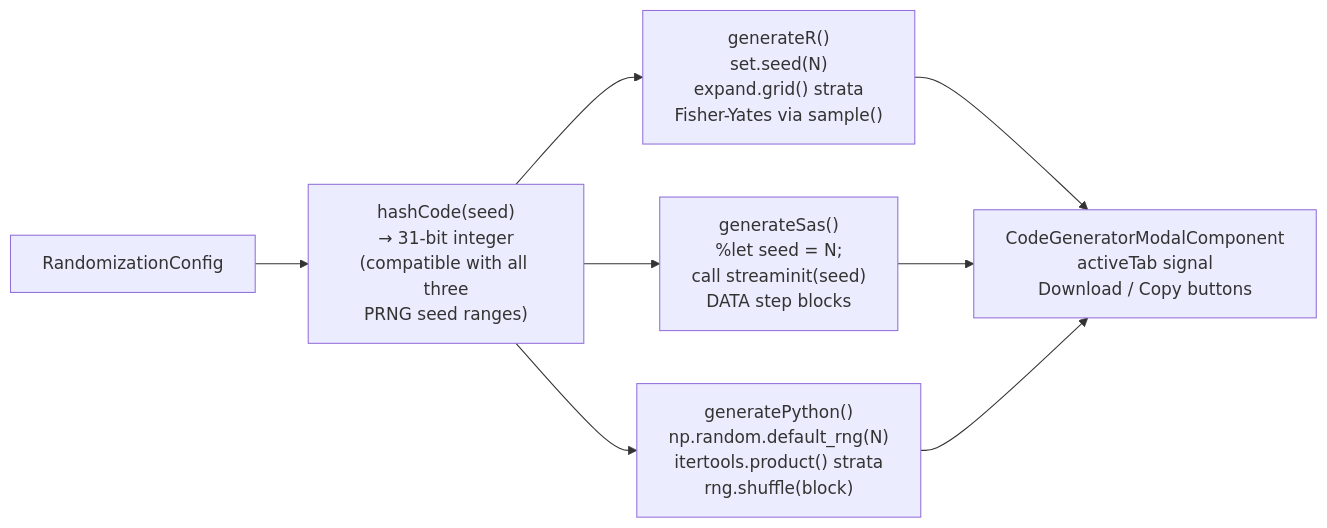
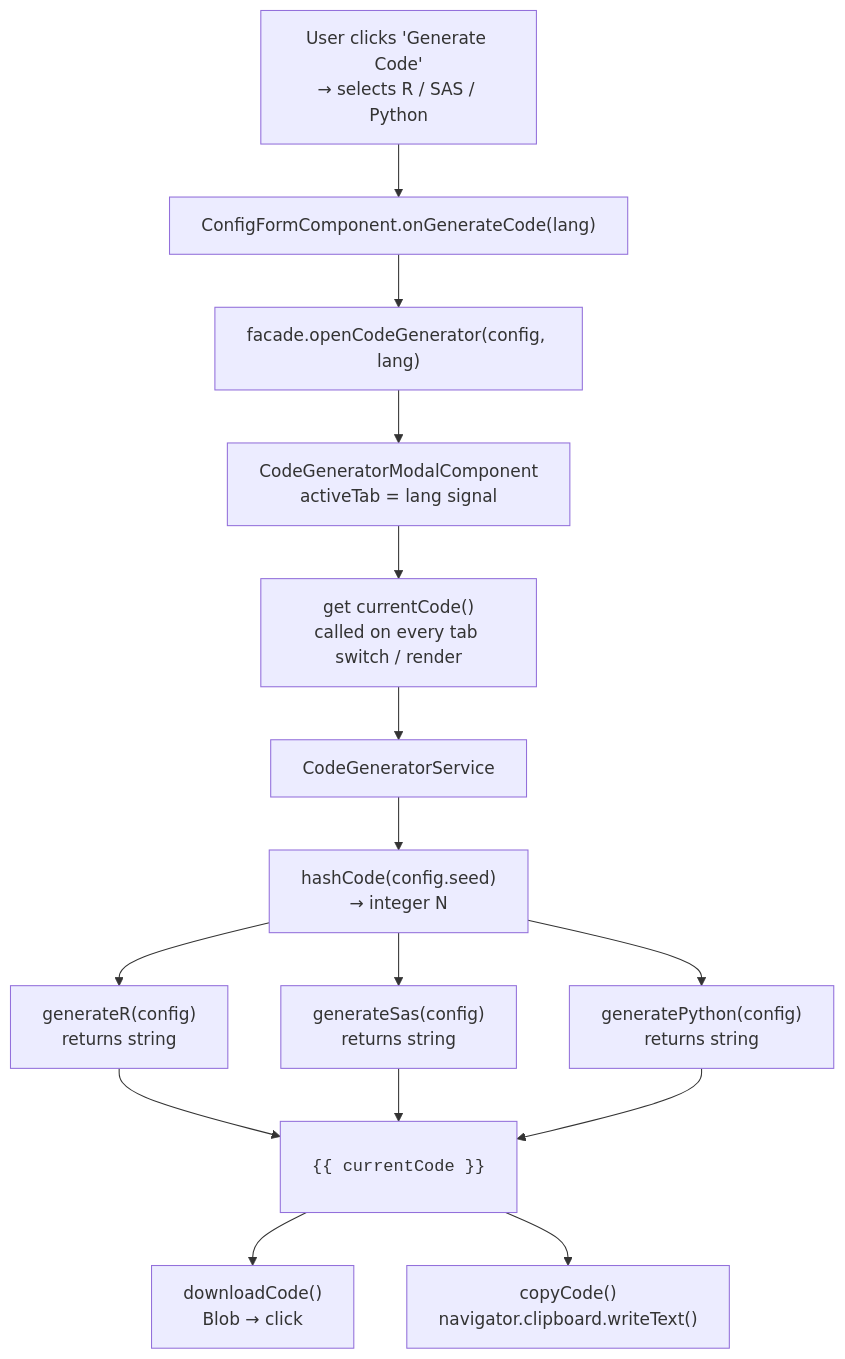
The tenth of 16 diagrams in docs/ARCHITECTURE.md (fderuiter/Clinical-Randomization-Generator), drawn with Mermaid before and after one commit. The commit also changed other lines of this file and 1 other file, not shown here.

First line of the commit message:
docs: expand code generation section in ARCHITECTURE.md and rewrite README.md

````diff
--- a/docs/ARCHITECTURE.md
+++ b/docs/ARCHITECTURE.md
@@ -534,14 +576,24 @@
 ```mermaid
-flowchart LR
-    CONFIG2["RandomizationConfig"]
-    HASH["hashCode(seed)\n→ 31-bit integer\n(compatible with all three\nPRNG seed ranges)"]
-    CONFIG2 --> HASH
+flowchart TD
+    MODAL_BTN["User clicks 'Generate Code'\n→ selects R / SAS / Python"]
+    FORM4["ConfigFormComponent.onGenerateCode(lang)"]
+    FACADE4["facade.openCodeGenerator(config, lang)"]
+    MODAL4["CodeGeneratorModalComponent\nactiveTab = lang signal"]
+    GETTER["get currentCode()\ncalled on every tab switch / render"]
 
-    HASH --> R["generateR()\nset.seed(N)\nexpand.grid() strata\nFisher-Yates via sample()"]
-    HASH --> SAS["generateSas()\n%let seed = N;\ncall streaminit(seed)\nDATA step blocks"]
-    HASH --> PY["generatePython()\nnp.random.default_rng(N)\nitertools.product() strata\nrng.shuffle(block)"]
+    MODAL_BTN --> FORM4 --> FACADE4 --> MODAL4 --> GETTER
 
-    R --> MODAL4["CodeGeneratorModalComponent\nactiveTab signal\nDownload / Copy buttons"]
-    SAS --> MODAL4
-    PY --> MODAL4
+    GETTER --> CGS["CodeGeneratorService"]
+    CGS --> HASH2["hashCode(config.seed)\n→ integer N"]
+
+    HASH2 --> GR["generateR(config)\nreturns string"]
+    HASH2 --> GSAS["generateSas(config)\nreturns string"]
+    HASH2 --> GPY["generatePython(config)\nreturns string"]
+
+    GR --> DISP["<pre><code>{{ currentCode }}</code></pre>"]
+    GSAS --> DISP
+    GPY --> DISP
+
+    DISP --> DL["downloadCode()\nBlob → <a download> click"]
+    DISP --> CP["copyCode()\nnavigator.clipboard.writeText()"]
 ```
````
